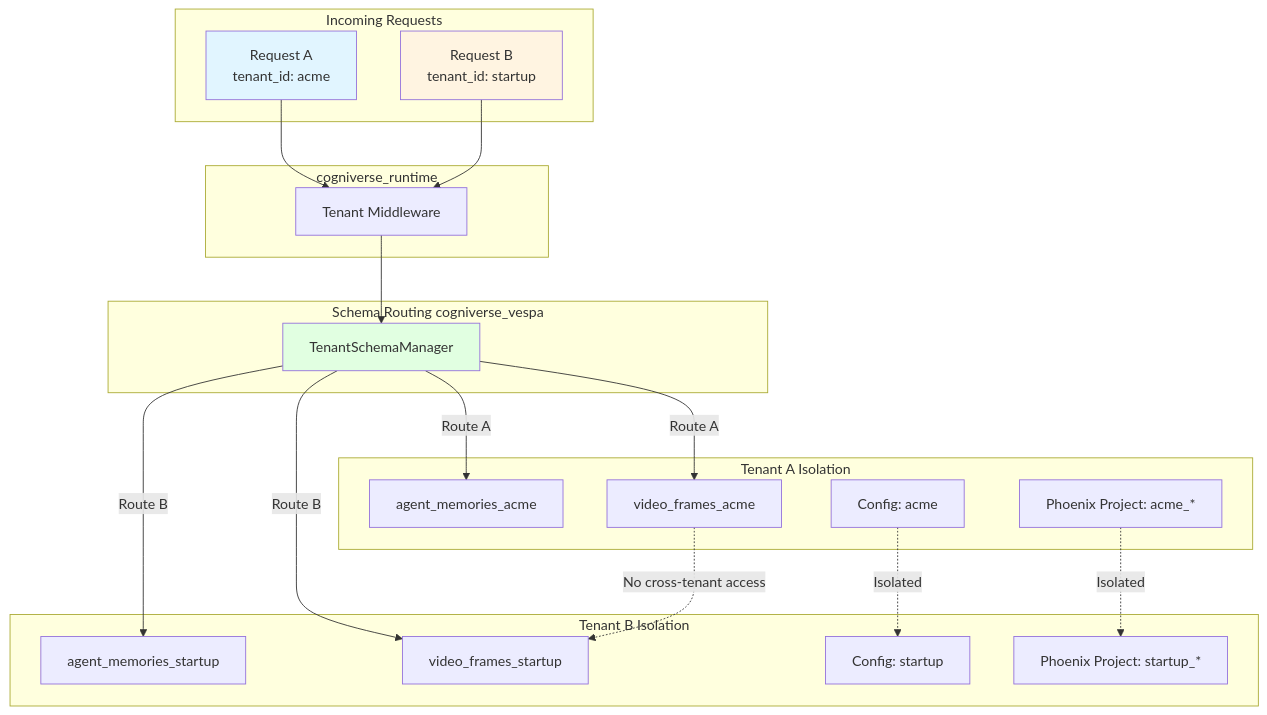
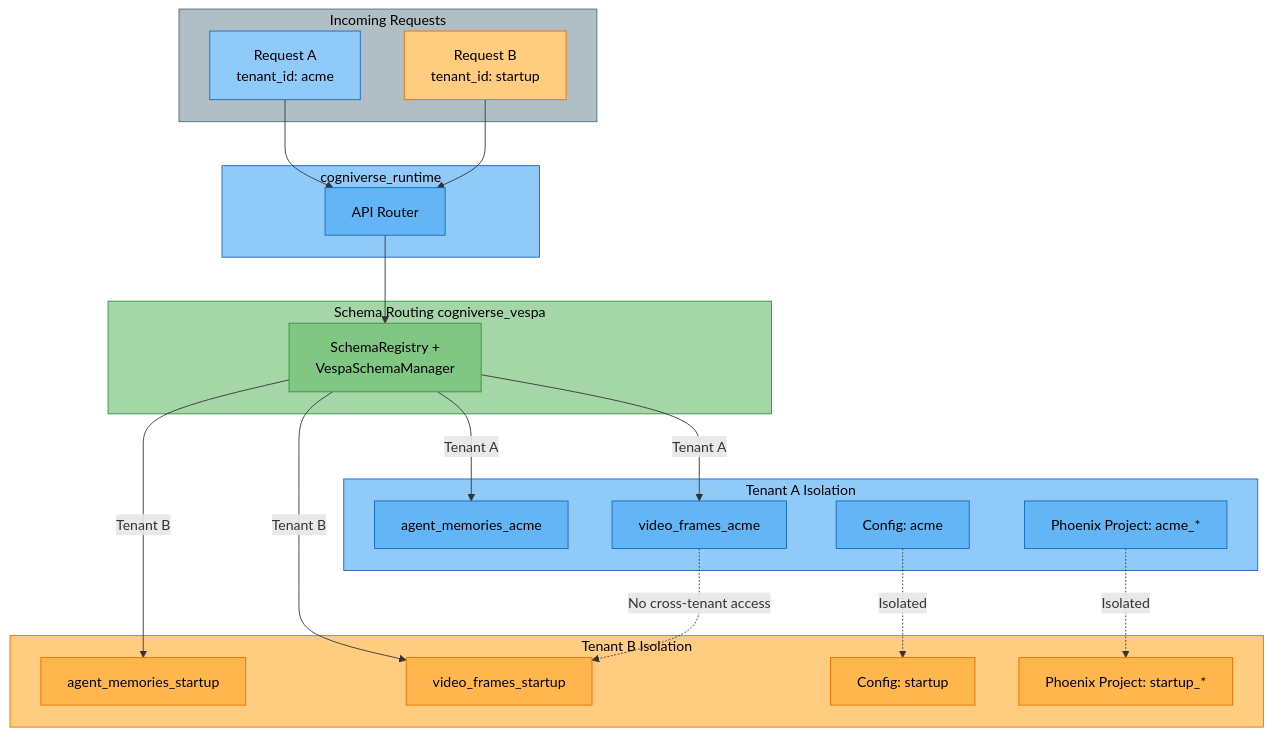
The ninth of 24 diagrams in docs/architecture/system-flows.md (amit-jain/cogniverse), drawn with Mermaid before and after one commit. The commit also changed other lines of this file and 83 other files, not shown here.

First line of the commit message:
Fix documentation veracity, formatting, and diagrams across all modules

````diff
--- a/docs/architecture/system-flows.md
+++ b/docs/architecture/system-flows.md
@@ -466,47 +356,61 @@
 ```mermaid
-graph TB
-    subgraph "Incoming Requests"
-        ReqA[Request A<br/>tenant_id: acme]
-        ReqB[Request B<br/>tenant_id: startup]
+flowchart TB
+    subgraph Incoming[<span style='color:#000'>Incoming Requests</span>]
+        ReqA[<span style='color:#000'>Request A<br/>tenant_id: acme</span>]
+        ReqB[<span style='color:#000'>Request B<br/>tenant_id: startup</span>]
     end
 
-    subgraph "cogniverse_runtime"
-        Middleware[Tenant Middleware]
+    subgraph RuntimePkg[<span style='color:#000'>cogniverse_runtime</span>]
+        Router[<span style='color:#000'>API Router</span>]
     end
 
-    subgraph "Schema Routing cogniverse_vespa"
-        TenantMgr[TenantSchemaManager]
+    subgraph VespaPkg[<span style='color:#000'>Schema Routing cogniverse_vespa</span>]
+        SchemaMgr[<span style='color:#000'>SchemaRegistry +<br/>VespaSchemaManager</span>]
     end
 
-    subgraph "Tenant A Isolation"
-        SchemaA1[video_frames_acme]
-        SchemaA2[agent_memories_acme]
-        ConfigA[Config: acme]
-        PhoenixA[Phoenix Project: acme_*]
+    subgraph TenantA[<span style='color:#000'>Tenant A Isolation</span>]
+        SchemaA1[<span style='color:#000'>video_frames_acme</span>]
+        SchemaA2[<span style='color:#000'>agent_memories_acme</span>]
+        ConfigA[<span style='color:#000'>Config: acme</span>]
+        PhoenixA[<span style='color:#000'>Phoenix Project: acme_*</span>]
     end
 
-    subgraph "Tenant B Isolation"
-        SchemaB1[video_frames_startup]
-        SchemaB2[agent_memories_startup]
-        ConfigB[Config: startup]
-        PhoenixB[Phoenix Project: startup_*]
+    subgraph TenantB[<span style='color:#000'>Tenant B Isolation</span>]
+        SchemaB1[<span style='color:#000'>video_frames_startup</span>]
+        SchemaB2[<span style='color:#000'>agent_memories_startup</span>]
+        ConfigB[<span style='color:#000'>Config: startup</span>]
+        PhoenixB[<span style='color:#000'>Phoenix Project: startup_*</span>]
     end
 
-    ReqA --> Middleware
-    ReqB --> Middleware
+    ReqA --> Router
+    ReqB --> Router
 
-    Middleware --> TenantMgr
+    Router --> SchemaMgr
 
-    TenantMgr -->|Route A| SchemaA1
-    TenantMgr -->|Route A| SchemaA2
-    TenantMgr -->|Route B| SchemaB1
-    TenantMgr -->|Route B| SchemaB2
+    SchemaMgr -->|Tenant A| SchemaA1
+    SchemaMgr -->|Tenant A| SchemaA2
+    SchemaMgr -->|Tenant B| SchemaB1
+    SchemaMgr -->|Tenant B| SchemaB2
 
     SchemaA1 -.->|No cross-tenant access| SchemaB1
     ConfigA -.->|Isolated| ConfigB
     PhoenixA -.->|Isolated| PhoenixB
 
-    style ReqA fill:#e1f5ff
-    style ReqB fill:#fff4e1
-    style TenantMgr fill:#e1ffe1
+    style Incoming fill:#b0bec5,stroke:#546e7a,color:#000
+    style ReqA fill:#90caf9,stroke:#1565c0,color:#000
+    style ReqB fill:#ffcc80,stroke:#ef6c00,color:#000
+    style RuntimePkg fill:#90caf9,stroke:#1565c0,color:#000
+    style Router fill:#64b5f6,stroke:#1565c0,color:#000
+    style VespaPkg fill:#a5d6a7,stroke:#388e3c,color:#000
+    style SchemaMgr fill:#81c784,stroke:#388e3c,color:#000
+    style TenantA fill:#90caf9,stroke:#1565c0,color:#000
+    style SchemaA1 fill:#64b5f6,stroke:#1565c0,color:#000
+    style SchemaA2 fill:#64b5f6,stroke:#1565c0,color:#000
+    style ConfigA fill:#64b5f6,stroke:#1565c0,color:#000
+    style PhoenixA fill:#64b5f6,stroke:#1565c0,color:#000
+    style TenantB fill:#ffcc80,stroke:#ef6c00,color:#000
+    style SchemaB1 fill:#ffb74d,stroke:#ef6c00,color:#000
+    style SchemaB2 fill:#ffb74d,stroke:#ef6c00,color:#000
+    style ConfigB fill:#ffb74d,stroke:#ef6c00,color:#000
+    style PhoenixB fill:#ffb74d,stroke:#ef6c00,color:#000
 ```
````
